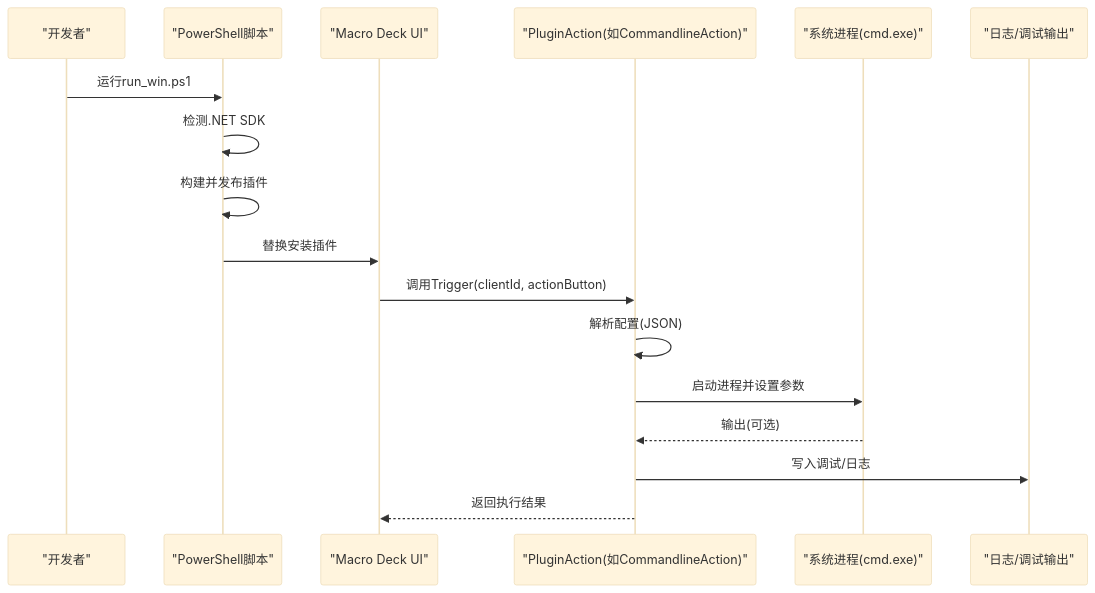
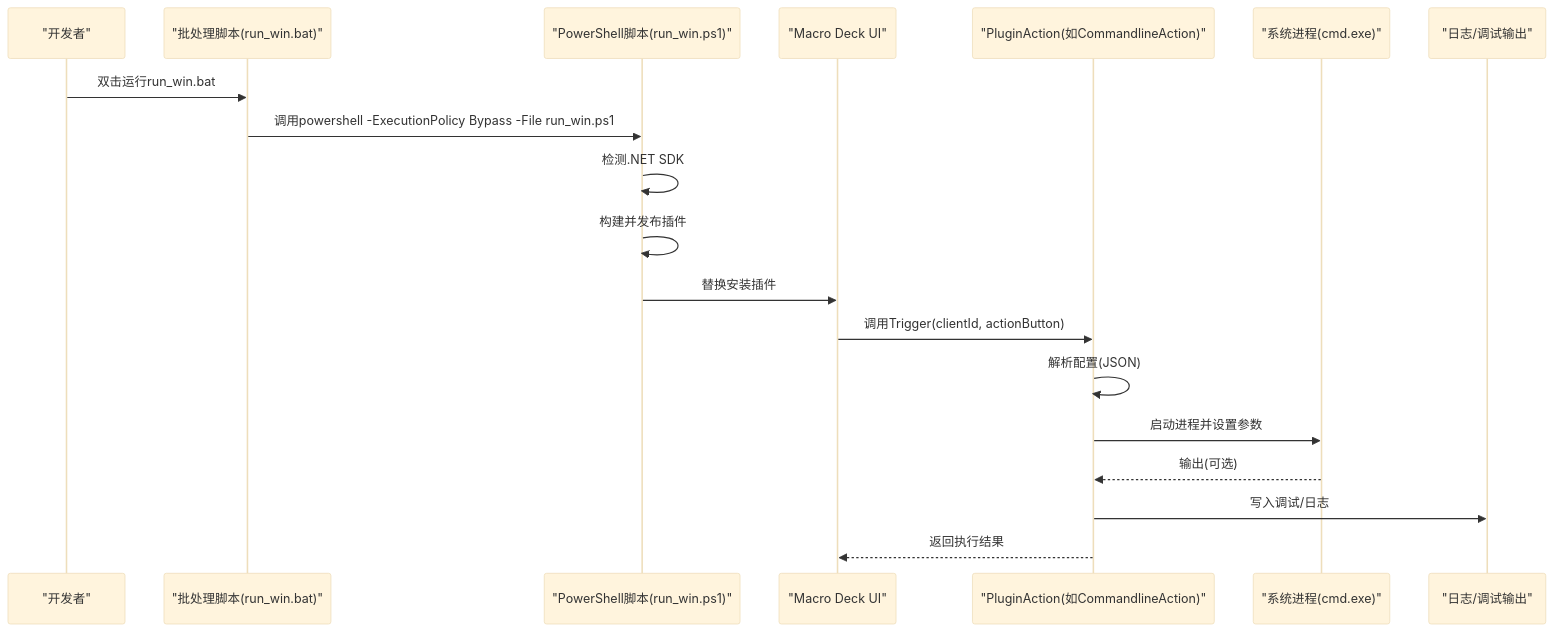
The second of 18 diagrams in .qoder/repowiki/zh/content/开发者指南/测试与调试.md (tea4go/Macro-Deck-Windows-Utils-Plugin), drawn with Mermaid (base theme) before and after one commit. The commit also changed other lines of this file and 13 other files, not shown here.

````diff
--- a/.qoder/repowiki/zh/content/开发者指南/测试与调试.md
+++ b/.qoder/repowiki/zh/content/开发者指南/测试与调试.md
@@ -108,19 +113,21 @@
 ```mermaid
 sequenceDiagram
 participant Dev as "开发者"
-participant PS as "PowerShell脚本"
+participant BAT as "批处理脚本(run_win.bat)"
+participant PS as "PowerShell脚本(run_win.ps1)"
 participant UI as "Macro Deck UI"
 participant Action as "PluginAction(如CommandlineAction)"
 participant Proc as "系统进程(cmd.exe)"
 participant Log as "日志/调试输出"
-Dev->>PS : 运行run_win.ps1
+Dev->>BAT : 双击运行run_win.bat
+BAT->>PS : 调用powershell -ExecutionPolicy Bypass -File run_win.ps1
 PS->>PS : 检测.NET SDK
 PS->>PS : 构建并发布插件
 PS->>UI : 替换安装插件
 UI->>Action : 调用Trigger(clientId, actionButton)
 Action->>Action : 解析配置(JSON)
 Action->>Proc : 启动进程并设置参数
 Proc-->>Action : 输出(可选)
 Action->>Log : 写入调试/日志
 Action-->>UI : 返回执行结果
 ```
````
